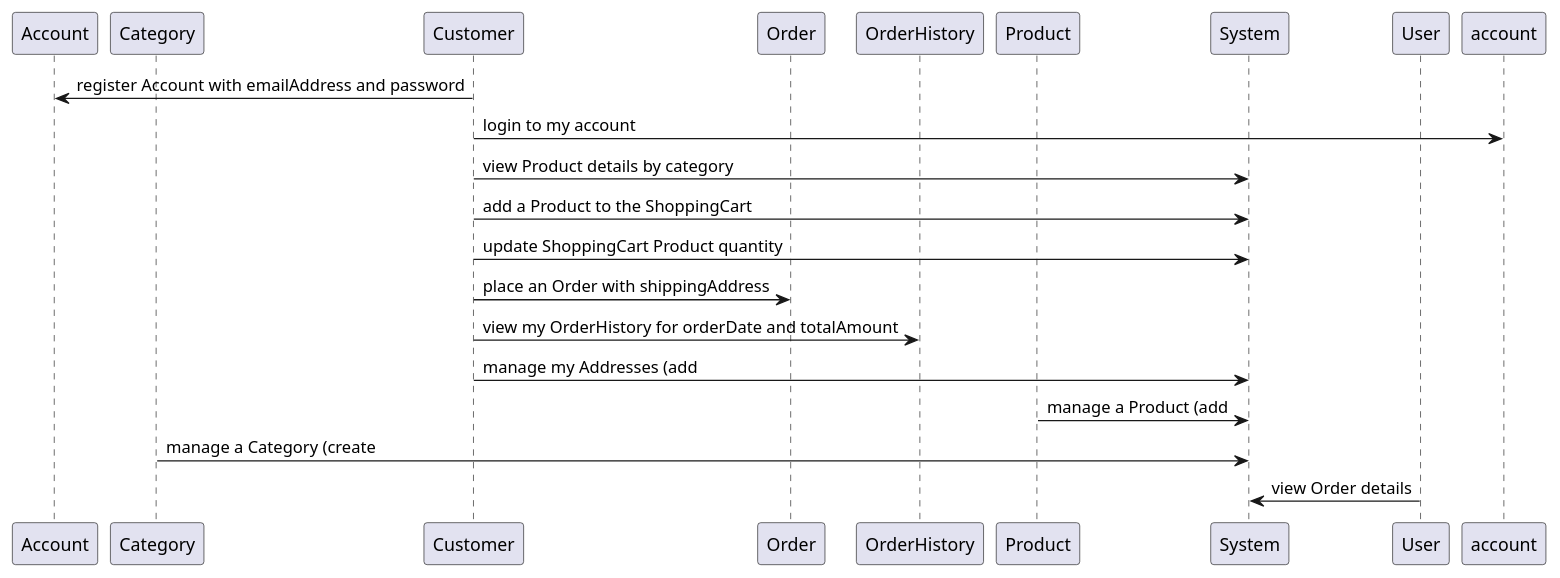
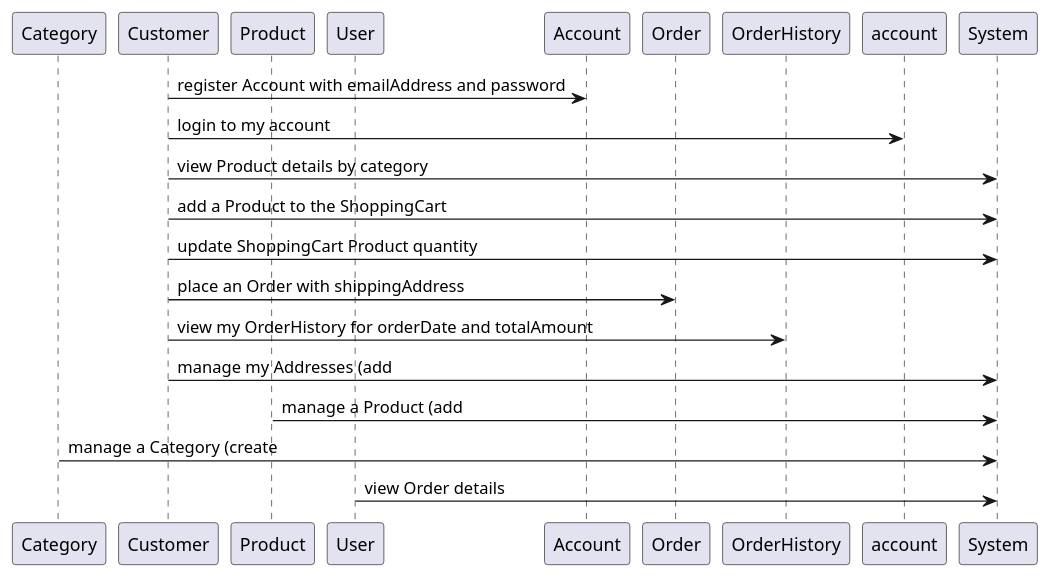
Before and after one commit to qamaruddin-qureshi/fyp-uml-diagram-generator: the diagram in user_stories/golden_puml/sequence/sequence_test_E_Commerce.puml, drawn with PlantUML. The commit also changed other lines of this file and 7 other files, not shown here.

First line of the commit message:
fix(sequence): enforce left-to-right arrow direction

```diff
--- a/user_stories/golden_puml/sequence/sequence_test_E_Commerce.puml
+++ b/user_stories/golden_puml/sequence/sequence_test_E_Commerce.puml
@@ -1,22 +1,22 @@
 @startuml
-participant "Account" as Account
 participant "Category" as Category
 participant "Customer" as Customer
+participant "Product" as Product
+participant "User" as User
+participant "Account" as Account
 participant "Order" as Order
 participant "OrderHistory" as OrderHistory
-participant "Product" as Product
+participant "account" as account
 participant "System" as System
-participant "User" as User
-participant "account" as account
 Customer -> Account: register Account with emailAddress and password
 Customer -> account: login to my account
 Customer -> System: view Product details by category
 Customer -> System: add a Product to the ShoppingCart
 Customer -> System: update ShoppingCart Product quantity
 Customer -> Order: place an Order with shippingAddress
 Customer -> OrderHistory: view my OrderHistory for orderDate and totalAmount
 Customer -> System: manage my Addresses (add
 Product -> System: manage a Product (add
 Category -> System: manage a Category (create
 User -> System: view Order details
 @enduml
```
